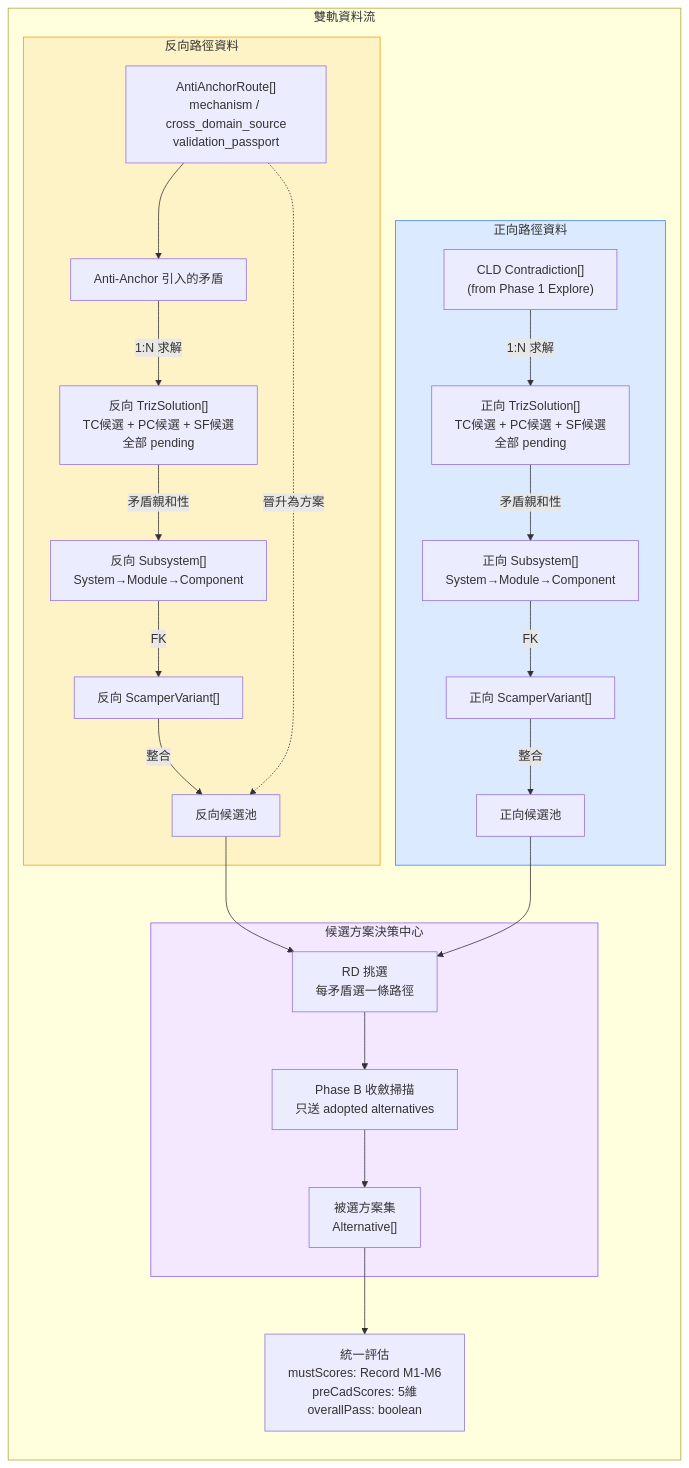
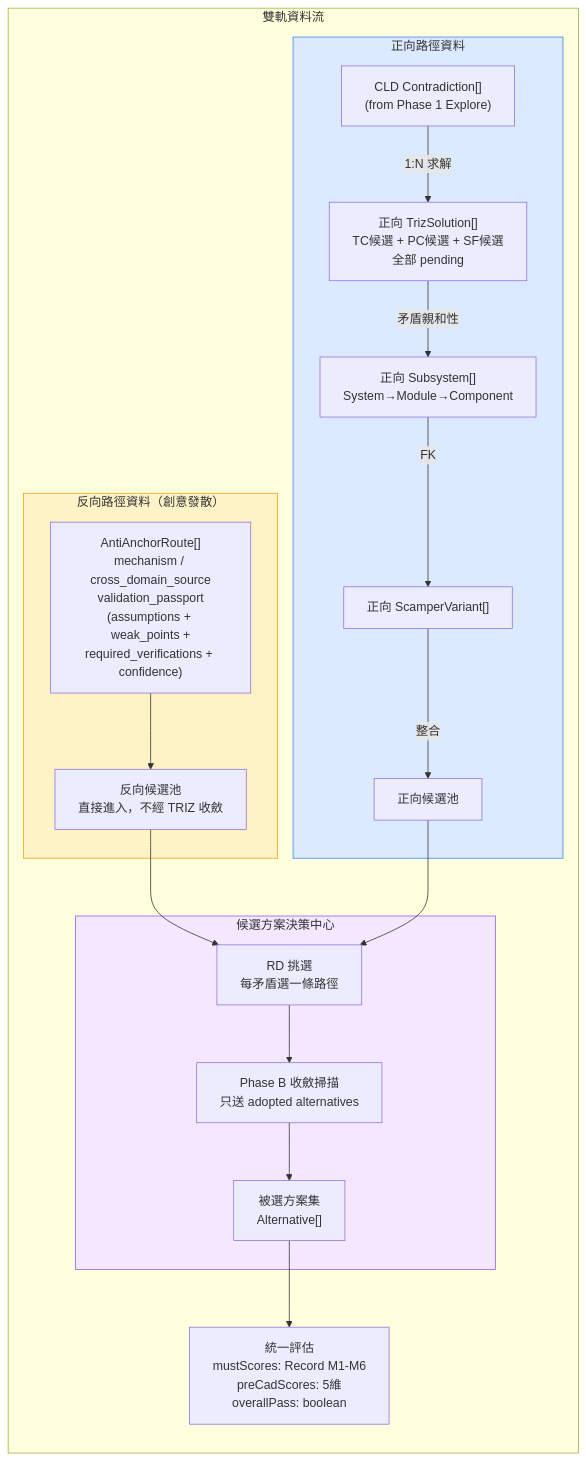
Before and after one commit to JIA-HONG-CHU/design-copilot-blueprint: the fifth of 6 diagrams in docs/diagrams/triz-to-scamper-flow.md, drawn with Mermaid. The commit also changed other lines of this file and 1 other file, not shown here.

First line of the commit message:
docs: v9 — simplify reverse path, Anti-Anchor direct to candidate pool

````diff
--- a/docs/diagrams/triz-to-scamper-flow.md
+++ b/docs/diagrams/triz-to-scamper-flow.md
@@ -207,46 +206,39 @@
 ```mermaid
 flowchart TB
     subgraph DUAL_TRACK["雙軌資料流"]
         direction TB
 
-        subgraph REV_DATA["反向路徑資料"]
-            AA["AntiAnchorRoute[]<br/>mechanism / cross_domain_source<br/>validation_passport"]
-            R_EC["Anti-Anchor 引入的矛盾"]
-            R_TS["反向 TrizSolution[]<br/>TC候選 + PC候選 + SF候選<br/>全部 pending"]
-            R_SS["反向 Subsystem[]<br/>System→Module→Component"]
-            R_SV["反向 ScamperVariant[]"]
-            R_POOL["反向候選池"]
-            AA --> R_EC -->|"1:N 求解"| R_TS
-            R_TS -->|"矛盾親和性"| R_SS
-            R_SS -->|"FK"| R_SV -->|"整合"| R_POOL
-            AA -.->|"晉升為方案"| R_POOL
+        subgraph REV_DATA["反向路徑資料（創意發散）"]
+            AA["AntiAnchorRoute[]<br/>mechanism / cross_domain_source<br/>validation_passport<br/>(assumptions + weak_points +<br/>required_verifications + confidence)"]
+            R_POOL["反向候選池<br/>直接進入，不經 TRIZ 收斂"]
+            AA --> R_POOL
         end
 
         subgraph FWD_DATA["正向路徑資料"]
             F_EC["CLD Contradiction[]<br/>(from Phase 1 Explore)"]
             F_TS["正向 TrizSolution[]<br/>TC候選 + PC候選 + SF候選<br/>全部 pending"]
             F_SS["正向 Subsystem[]<br/>System→Module→Component"]
             F_SV["正向 ScamperVariant[]"]
             F_POOL["正向候選池"]
             F_EC -->|"1:N 求解"| F_TS
             F_TS -->|"矛盾親和性"| F_SS
             F_SS -->|"FK"| F_SV -->|"整合"| F_POOL
         end
 
         subgraph HUB_DATA["候選方案決策中心"]
             SELECT_DATA["RD 挑選<br/>每矛盾選一條路徑"]
             PHASE_B_DATA["Phase B 收斂掃描<br/>只送 adopted alternatives"]
             ADOPTED["被選方案集<br/>Alternative[]"]
             SELECT_DATA --> PHASE_B_DATA --> ADOPTED
         end
         R_POOL --> SELECT_DATA
         F_POOL --> SELECT_DATA
 
         EVAL["統一評估<br/>mustScores: Record M1-M6<br/>preCadScores: 5維<br/>overallPass: boolean"]
         ADOPTED --> EVAL
     end
 
     style REV_DATA fill:#FEF3C7,stroke:#F59E0B
     style FWD_DATA fill:#DBEAFE,stroke:#3B82F6
     style HUB_DATA fill:#F3E8FF,stroke:#8B5CF6
 ```
````
